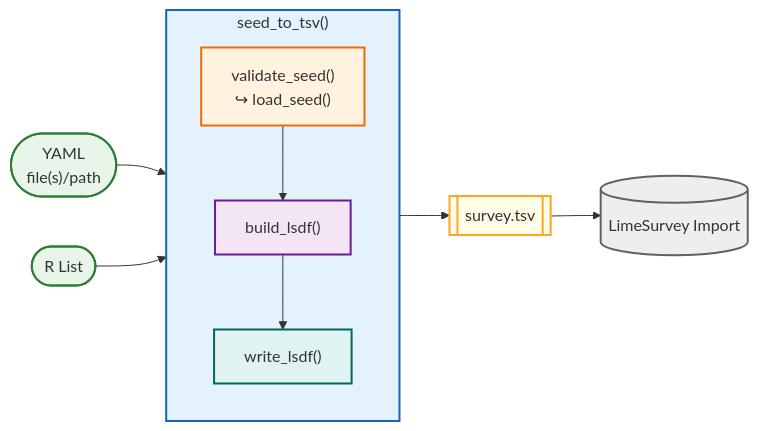
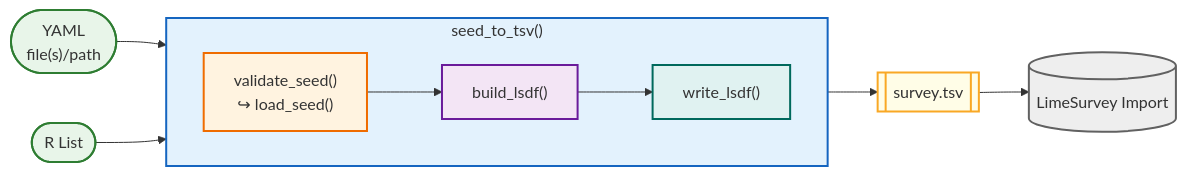
One commit to StefanMunnes/LimeSeed changed the diagram in README.md. Above: the diagram before and after it, drawn with Mermaid. The commit also changed other lines of this file and 1 other file, not shown here.

````diff
--- a/README.md
+++ b/README.md
@@ -22,44 +52,45 @@
 ```mermaid
 flowchart LR
 
     %% ── Inputs ─────────────────────────────
     A(["YAML\nfile(s)/path"])
     B(["R List"])
 
     A --> C
     B --> C
 
+
     %% ── Main wrapper ───────────────────────
     subgraph C["seed_to_tsv()"]
-        direction TB
+        direction LR
 
         D["validate_seed()\n ↪ load_seed()"]
         E["build_lsdf()"]
         F["write_lsdf()"]
 
         D --> E --> F
     end
 
     %% ── Output ─────────────────────────────
     G[[survey.tsv]]
     H[(LimeSurvey Import)]
 
     C --> G --> H
 
     %% ── Styling ────────────────────────────
     classDef input fill:#e8f5e9,stroke:#2e7d32,stroke-width:2px;
     classDef wrapper fill:#e3f2fd,stroke:#1565c0,stroke-width:2px;
     classDef validate fill:#fff3e0,stroke:#ef6c00,stroke-width:2px;
     classDef build fill:#f3e5f5,stroke:#6a1b9a,stroke-width:2px;
     classDef write fill:#e0f2f1,stroke:#00695c,stroke-width:2px;
     classDef output fill:#fffde7,stroke:#f9a825,stroke-width:2px;
     classDef external fill:#eeeeee,stroke:#616161,stroke-width:2px;
 
     class A,B input;
     class C wrapper;
     class D validate;
     class E build;
     class F write;
     class G output;
     class H external;
 ```
````
